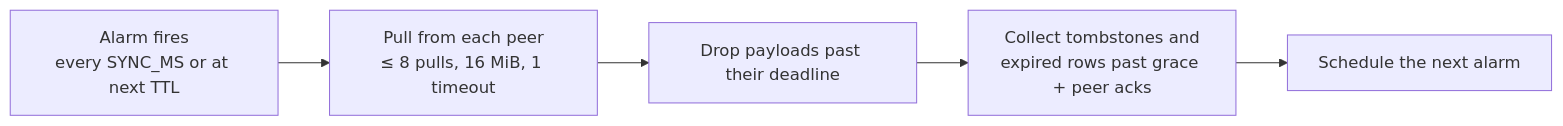
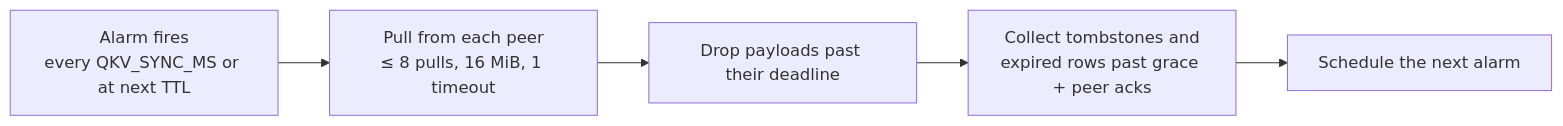
One commit to boarush/quorum-kv changed the fourth of 4 diagrams in README.md. Above: the diagram before and after it, drawn with Mermaid. The commit also changed other lines of this file and 4 other files, not shown here.

````diff
--- a/README.md
+++ b/README.md
@@ -282,7 +287,7 @@
 ```mermaid
 flowchart LR
-    A["Alarm fires<br/>every SYNC_MS or at next TTL"] --> B["Pull from each peer<br/>≤ 8 pulls, 16 MiB, 1 timeout"]
+    A["Alarm fires<br/>every QKV_SYNC_MS or at next TTL"] --> B["Pull from each peer<br/>≤ 8 pulls, 16 MiB, 1 timeout"]
     B --> C["Drop payloads past their deadline"]
     C --> D["Collect tombstones and<br/>expired rows past grace + peer acks"]
     D --> E["Schedule the next alarm"]
 ```
````
